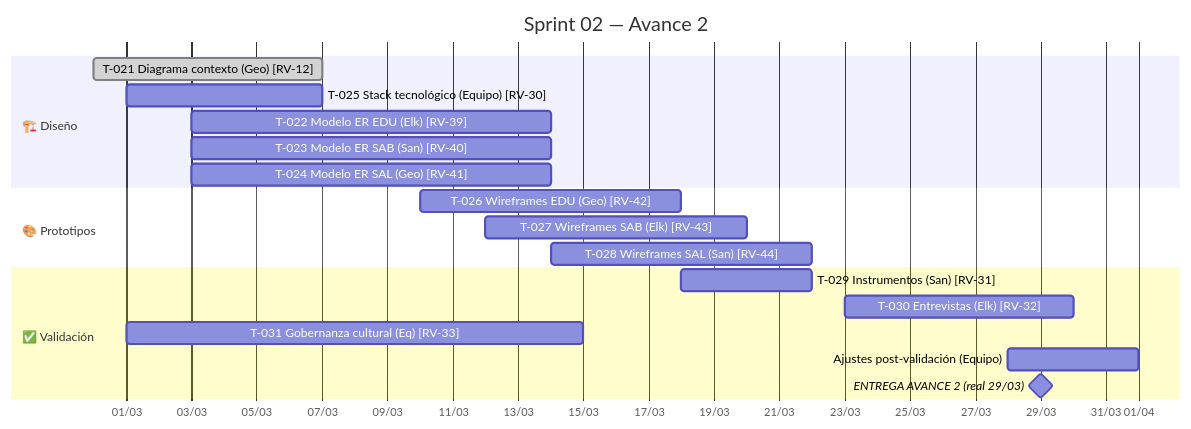
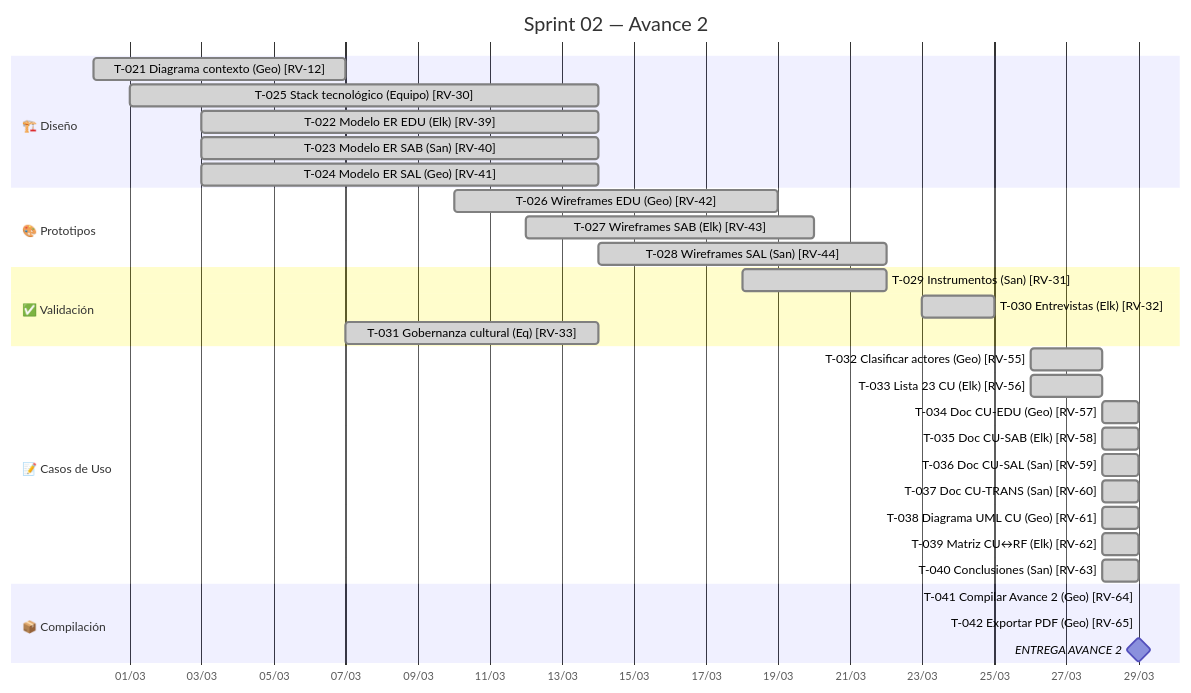
Before and after one commit to yonrasgg/RAICES_VIVAS: the first of 2 diagrams in 05-Sprints/Sprint-02/Sprint-02-Planning.md, drawn with Mermaid. The commit also changed other lines of this file and 15 other files, not shown here.

````diff
--- a/05-Sprints/Sprint-02/Sprint-02-Planning.md
+++ b/05-Sprints/Sprint-02/Sprint-02-Planning.md
@@ -40,26 +40,40 @@
 ```mermaid
 gantt
     title Sprint 02 — Avance 2
     dateFormat YYYY-MM-DD
     axisFormat %d/%m
     todayMarker stroke-width:3px,stroke:#f66,opacity:0.8
 
     section 🏗️ Diseño
     T-021 Diagrama contexto (Geo) [RV-12]  :done, t21, 2026-02-28, 2026-03-07
-    T-025 Stack tecnológico (Equipo) [RV-30]:        t25, 2026-03-01, 2026-03-07
-    T-022 Modelo ER EDU (Elk) [RV-39]      :        t22, 2026-03-03, 2026-03-14
-    T-023 Modelo ER SAB (San) [RV-40]      :        t23, 2026-03-03, 2026-03-14
-    T-024 Modelo ER SAL (Geo) [RV-41]      :        t24, 2026-03-03, 2026-03-14
+    T-025 Stack tecnológico (Equipo) [RV-30]:done, t25, 2026-03-01, 2026-03-14
+    T-022 Modelo ER EDU (Elk) [RV-39]      :done, t22, 2026-03-03, 2026-03-14
+    T-023 Modelo ER SAB (San) [RV-40]      :done, t23, 2026-03-03, 2026-03-14
+    T-024 Modelo ER SAL (Geo) [RV-41]      :done, t24, 2026-03-03, 2026-03-14
 
     section 🎨 Prototipos
-    T-026 Wireframes EDU (Geo) [RV-42]     :        t26, 2026-03-10, 2026-03-18
-    T-027 Wireframes SAB (Elk) [RV-43]     :        t27, 2026-03-12, 2026-03-20
-    T-028 Wireframes SAL (San) [RV-44]     :        t28, 2026-03-14, 2026-03-22
+    T-026 Wireframes EDU (Geo) [RV-42]     :done, t26, 2026-03-10, 2026-03-19
+    T-027 Wireframes SAB (Elk) [RV-43]     :done, t27, 2026-03-12, 2026-03-20
+    T-028 Wireframes SAL (San) [RV-44]     :done, t28, 2026-03-14, 2026-03-22
 
     section ✅ Validación
-    T-029 Instrumentos (San) [RV-31]       :        t29, 2026-03-18, 2026-03-22
-    T-030 Entrevistas (Elk) [RV-32]        :        t30, 2026-03-23, 2026-03-30
-    T-031 Gobernanza cultural (Eq) [RV-33] :        t31, 2026-03-01, 2026-03-15
-    Ajustes post-validación (Equipo)   :        v3, 2026-03-28, 2026-04-01
-    ENTREGA AVANCE 2 (real 29/03)  :milestone, m2, 2026-03-29, 0d
+    T-029 Instrumentos (San) [RV-31]       :done, t29, 2026-03-18, 2026-03-22
+    T-030 Entrevistas (Elk) [RV-32]        :done, t30, 2026-03-23, 2026-03-25
+    T-031 Gobernanza cultural (Eq) [RV-33] :done, t31, 2026-03-07, 2026-03-14
+
+    section 📝 Casos de Uso
+    T-032 Clasificar actores (Geo) [RV-55] :done, t32, 2026-03-26, 2026-03-28
+    T-033 Lista 23 CU (Elk) [RV-56]        :done, t33, 2026-03-26, 2026-03-28
+    T-034 Doc CU-EDU (Geo) [RV-57]         :done, t34, 2026-03-28, 2026-03-29
+    T-035 Doc CU-SAB (Elk) [RV-58]         :done, t35, 2026-03-28, 2026-03-29
+    T-036 Doc CU-SAL (San) [RV-59]         :done, t36, 2026-03-28, 2026-03-29
+    T-037 Doc CU-TRANS (San) [RV-60]       :done, t37, 2026-03-28, 2026-03-29
+    T-038 Diagrama UML CU (Geo) [RV-61]    :done, t38, 2026-03-28, 2026-03-29
+    T-039 Matriz CU↔RF (Elk) [RV-62]       :done, t39, 2026-03-28, 2026-03-29
+    T-040 Conclusiones (San) [RV-63]        :done, t40, 2026-03-28, 2026-03-29
+
+    section 📦 Compilación
+    T-041 Compilar Avance 2 (Geo) [RV-64]  :done, t41, 2026-03-29, 2026-03-29
+    T-042 Exportar PDF (Geo) [RV-65]        :done, t42, 2026-03-29, 2026-03-29
+    ENTREGA AVANCE 2                        :milestone, m2, 2026-03-29, 0d
 ```
````
